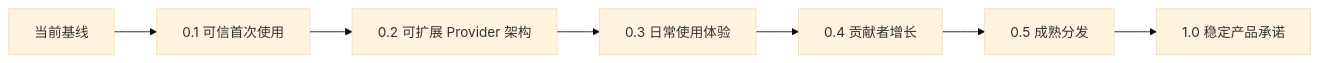
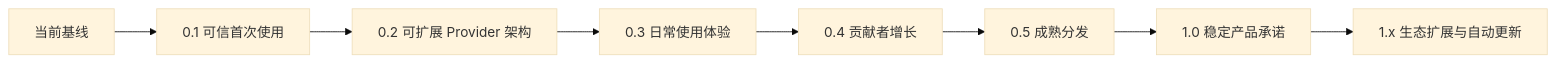
One commit to ximendatie/mahjong changed the first of 2 diagrams in docs/roadmap.md. Above: the diagram before and after it, drawn with Mermaid (base theme). The commit also changed other lines of this file and 11 other files, not shown here.

````diff
--- a/docs/roadmap.md
+++ b/docs/roadmap.md
@@ -31,9 +32,10 @@
 ```mermaid
 flowchart LR
     A["当前基线"] --> B["0.1 可信首次使用"]
     B --> C["0.2 可扩展 Provider 架构"]
     C --> D["0.3 日常使用体验"]
     D --> E["0.4 贡献者增长"]
     E --> F["0.5 成熟分发"]
     F --> G["1.0 稳定产品承诺"]
+    G --> H["1.x 生态扩展与自动更新"]
 ```
````
